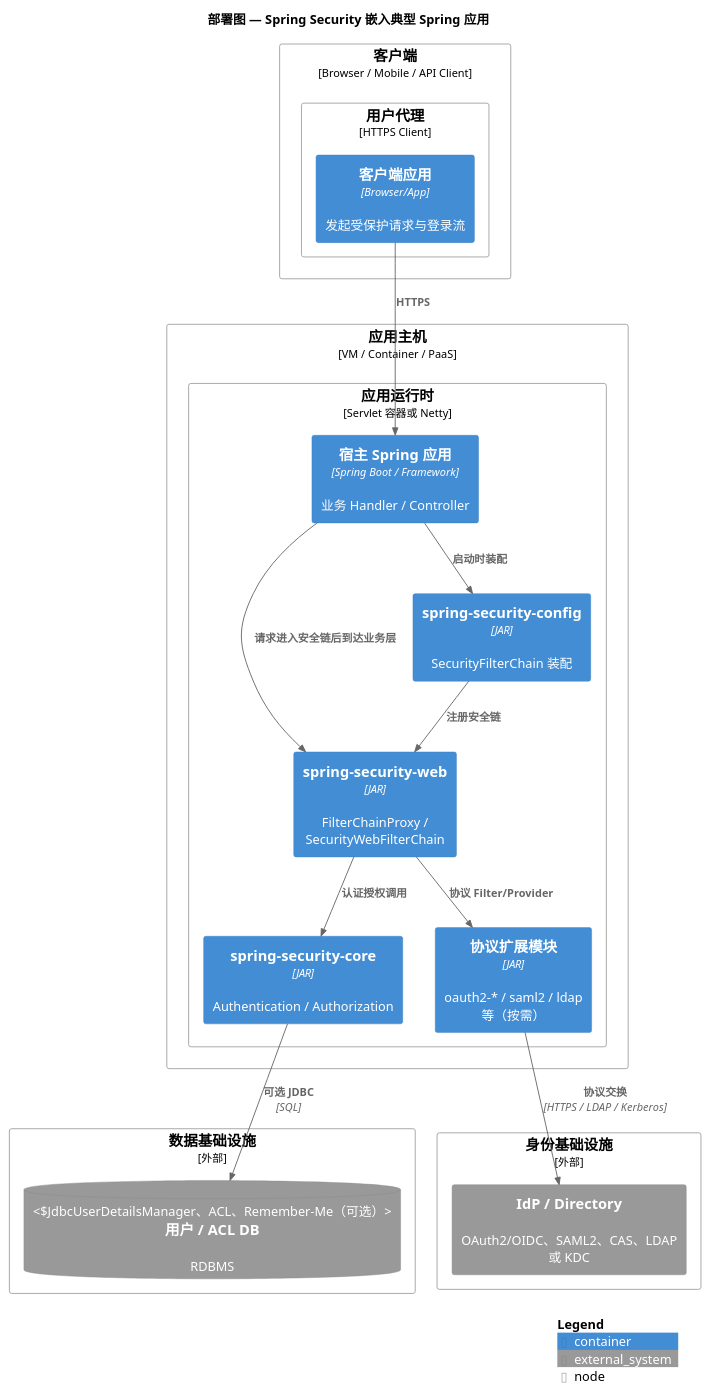
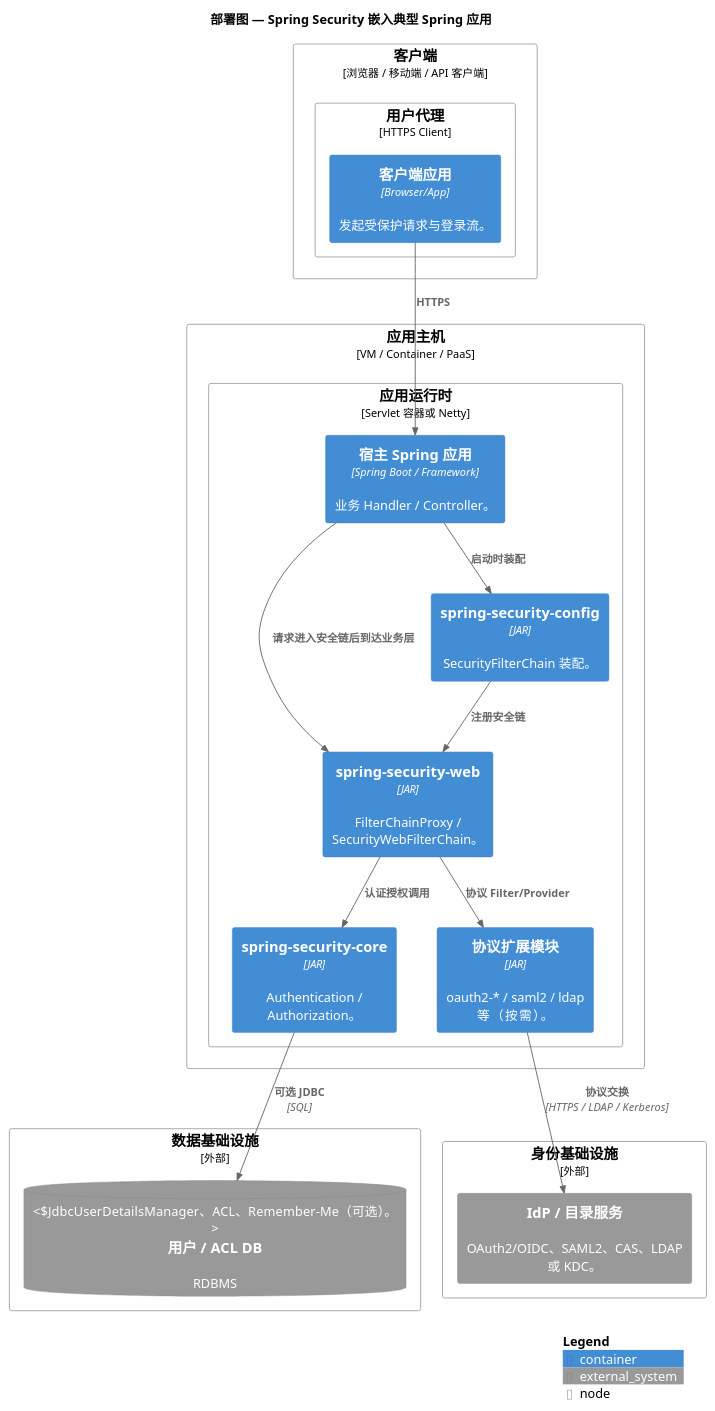
One commit to felixzhu97/community-docs changed the diagram in spring-security/docs/c4-model/C4-Deployment-EmbeddedRuntime.puml. Above: the diagram before and after it, drawn with PlantUML. The commit also changed 30 other files, not shown here.

First line of the commit message:
docs: use Chinese prose in C4 diagrams (#5)

```diff
--- a/spring-security/docs/c4-model/C4-Deployment-EmbeddedRuntime.puml
+++ b/spring-security/docs/c4-model/C4-Deployment-EmbeddedRuntime.puml
@@ -1,42 +1,42 @@
 @startuml SpringSecurity_Deployment_Embedded
 !include https://raw.githubusercontent.com/plantuml-stdlib/C4-PlantUML/master/C4_Deployment.puml
 
 LAYOUT_WITH_LEGEND()
 
 title 部署图 — Spring Security 嵌入典型 Spring 应用
 
-Deployment_Node(clientNode, "客户端", "Browser / Mobile / API Client") {
+Deployment_Node(clientNode, "客户端", "浏览器 / 移动端 / API 客户端") {
     Deployment_Node(browser, "用户代理", "HTTPS Client") {
-        Container(clientApp, "客户端应用", "Browser/App", "发起受保护请求与登录流")
+        Container(clientApp, "客户端应用", "Browser/App", "发起受保护请求与登录流。")
     }
 }
 
 Deployment_Node(appHost, "应用主机", "VM / Container / PaaS") {
     Deployment_Node(appServer, "应用运行时", "Servlet 容器或 Netty") {
-        Container(hostApp, "宿主 Spring 应用", "Spring Boot / Framework", "业务 Handler / Controller")
-        Container(ssWeb, "spring-security-web", "JAR", "FilterChainProxy / SecurityWebFilterChain")
-        Container(ssCore, "spring-security-core", "JAR", "Authentication / Authorization")
-        Container(ssConfig, "spring-security-config", "JAR", "SecurityFilterChain 装配")
-        Container(ssProtocol, "协议扩展模块", "JAR", "oauth2-* / saml2 / ldap 等（按需）")
+        Container(hostApp, "宿主 Spring 应用", "Spring Boot / Framework", "业务 Handler / Controller。")
+        Container(ssWeb, "spring-security-web", "JAR", "FilterChainProxy / SecurityWebFilterChain。")
+        Container(ssCore, "spring-security-core", "JAR", "Authentication / Authorization。")
+        Container(ssConfig, "spring-security-config", "JAR", "SecurityFilterChain 装配。")
+        Container(ssProtocol, "协议扩展模块", "JAR", "oauth2-* / saml2 / ldap 等（按需）。")
     }
 }
 
 Deployment_Node(idpHost, "身份基础设施", "外部") {
-    System_Ext(idp, "IdP / Directory", "OAuth2/OIDC、SAML2、CAS、LDAP 或 KDC")
+    System_Ext(idp, "IdP / 目录服务", "OAuth2/OIDC、SAML2、CAS、LDAP 或 KDC。")
 }
 
 Deployment_Node(dataHost, "数据基础设施", "外部") {
-    SystemDb_Ext(db, "用户 / ACL DB", "RDBMS", "JdbcUserDetailsManager、ACL、Remember-Me（可选）")
+    SystemDb_Ext(db, "用户 / ACL DB", "RDBMS", "JdbcUserDetailsManager、ACL、Remember-Me（可选）。")
 }
 
 Rel(clientApp, hostApp, "HTTPS")
 Rel(hostApp, ssConfig, "启动时装配")
 Rel(ssConfig, ssWeb, "注册安全链")
 Rel(ssWeb, ssCore, "认证授权调用")
 Rel(ssWeb, ssProtocol, "协议 Filter/Provider")
 Rel(ssProtocol, idp, "协议交换", "HTTPS / LDAP / Kerberos")
 Rel(ssCore, db, "可选 JDBC", "SQL")
 Rel(hostApp, ssWeb, "请求进入安全链后到达业务层")
 
 SHOW_LEGEND()
 @enduml
```
